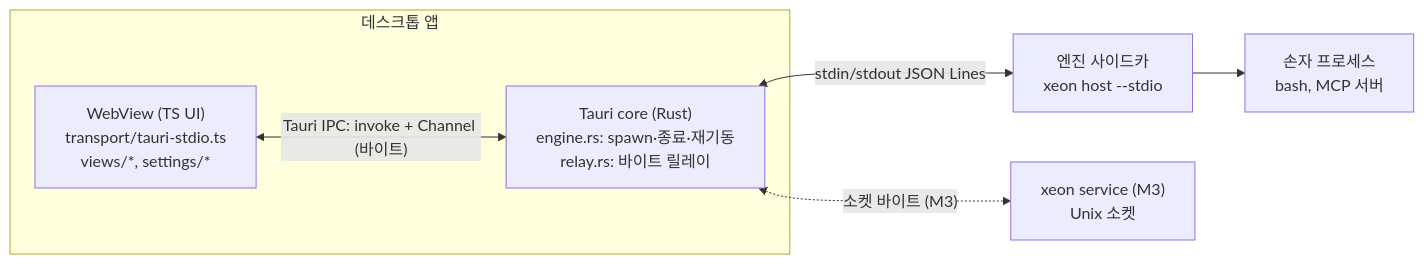
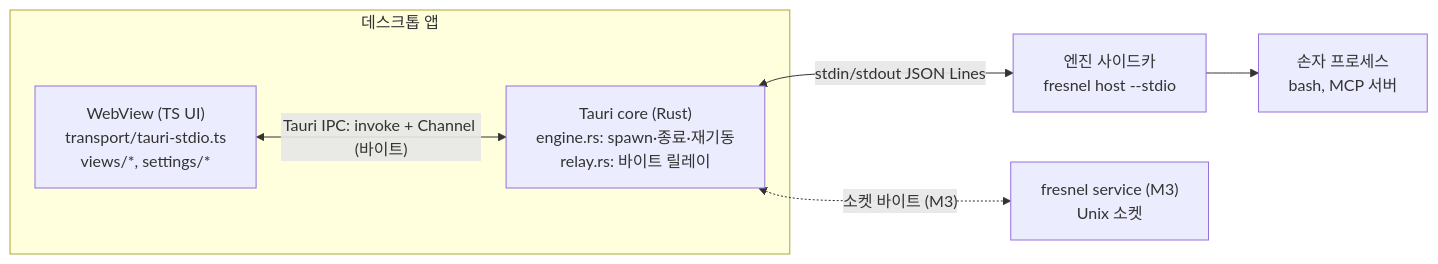
Before and after one commit to Rengod95/Helm-Agent_Docs_OS: the diagram in docs/xeon/L4/desktop/spec.md, drawn with Mermaid. The commit also changed other lines of this file and 378 other files, not shown here.

````diff
--- a/docs/xeon/L4/desktop/spec.md
+++ b/docs/xeon/L4/desktop/spec.md
@@ -64,14 +64,14 @@
 ```mermaid
 flowchart LR
   subgraph APP["데스크톱 앱"]
     core["Tauri core (Rust)<br/>engine.rs: spawn·종료·재기동<br/>relay.rs: 바이트 릴레이"]
     web["WebView (TS UI)<br/>transport/tauri-stdio.ts<br/>views/*, settings/*"]
   end
-  eng["엔진 사이드카<br/>xeon host --stdio"]
-  svc["xeon service (M3)<br/>Unix 소켓"]
+  eng["엔진 사이드카<br/>fresnel host --stdio"]
+  svc["fresnel service (M3)<br/>Unix 소켓"]
   kids["손자 프로세스<br/>bash, MCP 서버"]
   web <-->|"Tauri IPC: invoke + Channel (바이트)"| core
   core <-->|"stdin/stdout JSON Lines"| eng
   core <-.->|"소켓 바이트 (M3)"| svc
   eng --> kids
 ```
````
